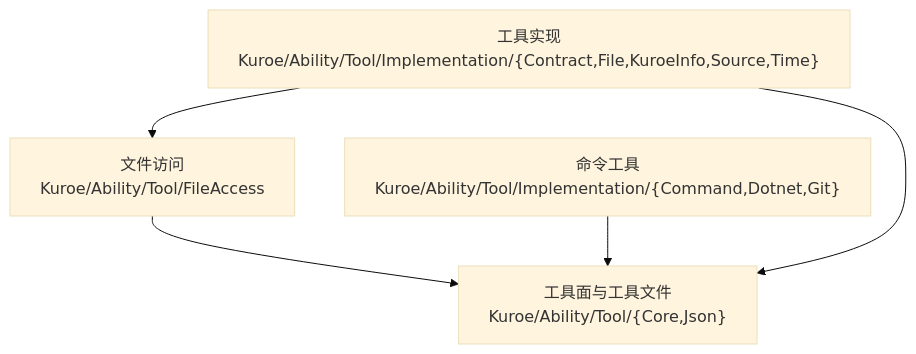
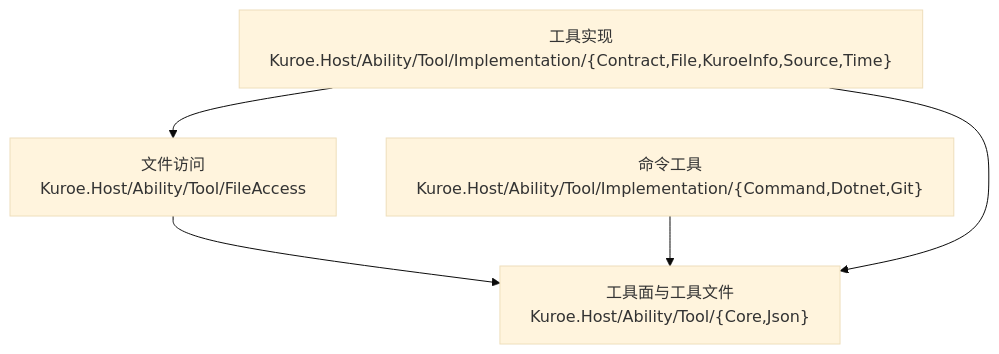
One commit to DrMelt/Kuroe changed the diagram in docs/dev/architecture/functional-boundary/ability/tool/index.md. Above: the diagram before and after it, drawn with Mermaid (base theme). The commit also changed other lines of this file and 1065 other files, not shown here.

Commit message:
宿主目录 Kuroe 改名为 Kuroe.Host

````diff
--- a/docs/dev/architecture/functional-boundary/ability/tool/index.md
+++ b/docs/dev/architecture/functional-boundary/ability/tool/index.md
@@ -5,11 +5,11 @@
 ```mermaid
 flowchart TD
-    Core["工具面与工具文件<br>Kuroe/Ability/Tool/{Core,Json}"]
-    FileAccess["文件访问<br>Kuroe/Ability/Tool/FileAccess"]
-    CommandTools["命令工具<br>Kuroe/Ability/Tool/Implementation/{Command,Dotnet,Git}"]
-    Implementation["工具实现<br>Kuroe/Ability/Tool/Implementation/{Contract,File,KuroeInfo,Source,Time}"]
+    Core["工具面与工具文件<br>Kuroe.Host/Ability/Tool/{Core,Json}"]
+    FileAccess["文件访问<br>Kuroe.Host/Ability/Tool/FileAccess"]
+    CommandTools["命令工具<br>Kuroe.Host/Ability/Tool/Implementation/{Command,Dotnet,Git}"]
+    Implementation["工具实现<br>Kuroe.Host/Ability/Tool/Implementation/{Contract,File,KuroeInfo,Source,Time}"]
     FileAccess --> Core
     CommandTools --> Core
     Implementation --> Core
     Implementation --> FileAccess
 ```
````
